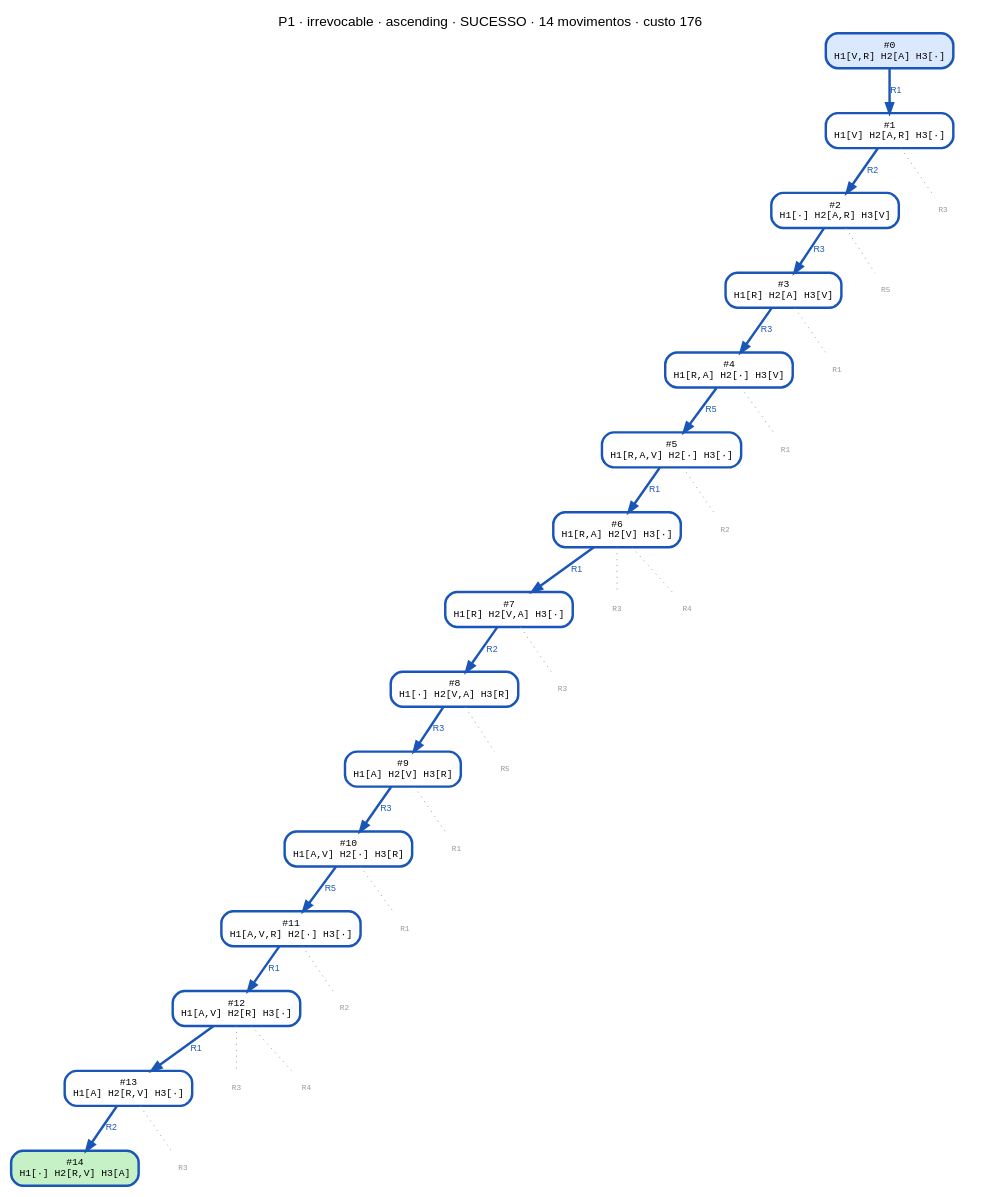
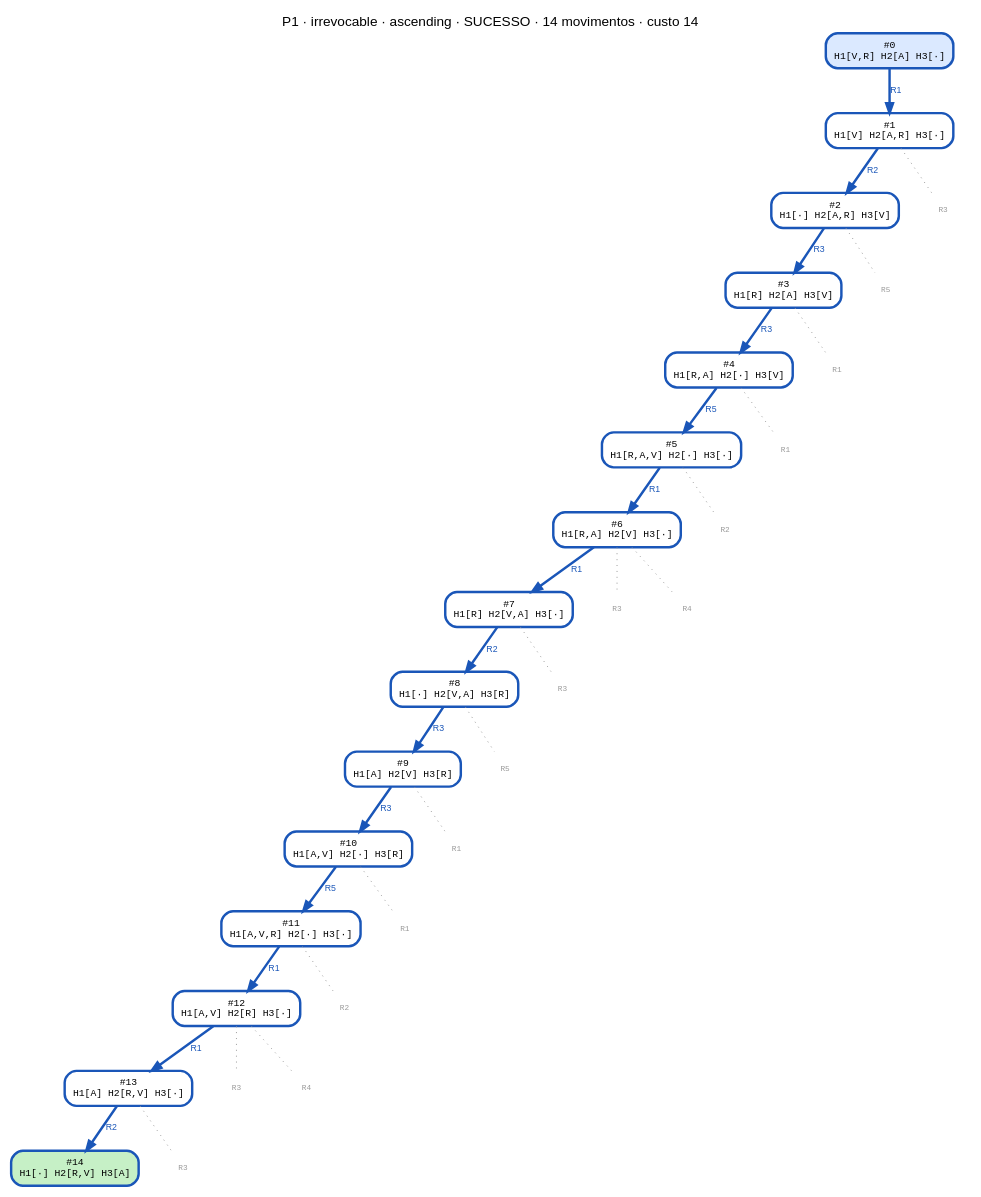
The diagram in data/P1/irrevocable_ascending.dot (CharlesLB/dcc-014-trabalho-1), drawn with Graphviz before and after one commit. The commit also changed 17 other files, not shown here.

Commit message:
Regenerate the search-tree graphs with unit move cost and the greedy search

```diff
--- a/data/P1/irrevocable_ascending.dot
+++ b/data/P1/irrevocable_ascending.dot
@@ -1,64 +1,64 @@
 digraph search {
-  label="P1 · irrevocable · ascending · SUCESSO · 14 movimentos · custo 176"; labelloc=t; fontname="Helvetica";
+  label="P1 · irrevocable · ascending · SUCESSO · 14 movimentos · custo 14"; labelloc=t; fontname="Helvetica";
   node [shape=box, style="rounded,filled", fontname="monospace", fontsize=10];
   edge [fontname="Helvetica", fontsize=9];
   n0 [label="#0\nH1[V,R] H2[A] H3[·]", fillcolor="#dbe9ff", color="#1a56b8", penwidth=2.5];
   n1 [label="#1\nH1[V] H2[A,R] H3[·]", fillcolor="#ffffff", color="#1a56b8", penwidth=2.5];
   n0 -> n1 [label="R1", color="#1a56b8", fontcolor="#1a56b8", penwidth=2.5];
   n2 [label="#2\nH1[·] H2[A,R] H3[V]", fillcolor="#ffffff", color="#1a56b8", penwidth=2.5];
   n1 -> n2 [label="R2", color="#1a56b8", fontcolor="#1a56b8", penwidth=2.5];
   n3 [label="#3\nH1[R] H2[A] H3[V]", fillcolor="#ffffff", color="#1a56b8", penwidth=2.5];
   n2 -> n3 [label="R3", color="#1a56b8", fontcolor="#1a56b8", penwidth=2.5];
   n4 [label="#4\nH1[R,A] H2[·] H3[V]", fillcolor="#ffffff", color="#1a56b8", penwidth=2.5];
   n3 -> n4 [label="R3", color="#1a56b8", fontcolor="#1a56b8", penwidth=2.5];
   n5 [label="#5\nH1[R,A,V] H2[·] H3[·]", fillcolor="#ffffff", color="#1a56b8", penwidth=2.5];
   n4 -> n5 [label="R5", color="#1a56b8", fontcolor="#1a56b8", penwidth=2.5];
   n6 [label="#6\nH1[R,A] H2[V] H3[·]", fillcolor="#ffffff", color="#1a56b8", penwidth=2.5];
   n5 -> n6 [label="R1", color="#1a56b8", fontcolor="#1a56b8", penwidth=2.5];
   n7 [label="#7\nH1[R] H2[V,A] H3[·]", fillcolor="#ffffff", color="#1a56b8", penwidth=2.5];
   n6 -> n7 [label="R1", color="#1a56b8", fontcolor="#1a56b8", penwidth=2.5];
   n8 [label="#8\nH1[·] H2[V,A] H3[R]", fillcolor="#ffffff", color="#1a56b8", penwidth=2.5];
   n7 -> n8 [label="R2", color="#1a56b8", fontcolor="#1a56b8", penwidth=2.5];
   n9 [label="#9\nH1[A] H2[V] H3[R]", fillcolor="#ffffff", color="#1a56b8", penwidth=2.5];
   n8 -> n9 [label="R3", color="#1a56b8", fontcolor="#1a56b8", penwidth=2.5];
   n10 [label="#10\nH1[A,V] H2[·] H3[R]", fillcolor="#ffffff", color="#1a56b8", penwidth=2.5];
   n9 -> n10 [label="R3", color="#1a56b8", fontcolor="#1a56b8", penwidth=2.5];
   n11 [label="#11\nH1[A,V,R] H2[·] H3[·]", fillcolor="#ffffff", color="#1a56b8", penwidth=2.5];
   n10 -> n11 [label="R5", color="#1a56b8", fontcolor="#1a56b8", penwidth=2.5];
   n12 [label="#12\nH1[A,V] H2[R] H3[·]", fillcolor="#ffffff", color="#1a56b8", penwidth=2.5];
   n11 -> n12 [label="R1", color="#1a56b8", fontcolor="#1a56b8", penwidth=2.5];
   n13 [label="#13\nH1[A] H2[R,V] H3[·]", fillcolor="#ffffff", color="#1a56b8", penwidth=2.5];
   n12 -> n13 [label="R1", color="#1a56b8", fontcolor="#1a56b8", penwidth=2.5];
   n14 [label="#14\nH1[·] H2[R,V] H3[A]", fillcolor="#c6f0c6", color="#1a56b8", penwidth=2.5];
   n13 -> n14 [label="R2", color="#1a56b8", fontcolor="#1a56b8", penwidth=2.5];
   p1_R3 [label="R3", shape=plaintext, style=solid, fontcolor="#999999", fontsize=8];
   n1 -> p1_R3 [style=dotted, color="#999999", arrowhead=none];
   p2_R5 [label="R5", shape=plaintext, style=solid, fontcolor="#999999", fontsize=8];
   n2 -> p2_R5 [style=dotted, color="#999999", arrowhead=none];
   p3_R1 [label="R1", shape=plaintext, style=solid, fontcolor="#999999", fontsize=8];
   n3 -> p3_R1 [style=dotted, color="#999999", arrowhead=none];
   p4_R1 [label="R1", shape=plaintext, style=solid, fontcolor="#999999", fontsize=8];
   n4 -> p4_R1 [style=dotted, color="#999999", arrowhead=none];
   p5_R2 [label="R2", shape=plaintext, style=solid, fontcolor="#999999", fontsize=8];
   n5 -> p5_R2 [style=dotted, color="#999999", arrowhead=none];
   p6_R3 [label="R3", shape=plaintext, style=solid, fontcolor="#999999", fontsize=8];
   n6 -> p6_R3 [style=dotted, color="#999999", arrowhead=none];
   p6_R4 [label="R4", shape=plaintext, style=solid, fontcolor="#999999", fontsize=8];
   n6 -> p6_R4 [style=dotted, color="#999999", arrowhead=none];
   p7_R3 [label="R3", shape=plaintext, style=solid, fontcolor="#999999", fontsize=8];
   n7 -> p7_R3 [style=dotted, color="#999999", arrowhead=none];
   p8_R5 [label="R5", shape=plaintext, style=solid, fontcolor="#999999", fontsize=8];
   n8 -> p8_R5 [style=dotted, color="#999999", arrowhead=none];
   p9_R1 [label="R1", shape=plaintext, style=solid, fontcolor="#999999", fontsize=8];
   n9 -> p9_R1 [style=dotted, color="#999999", arrowhead=none];
   p10_R1 [label="R1", shape=plaintext, style=solid, fontcolor="#999999", fontsize=8];
   n10 -> p10_R1 [style=dotted, color="#999999", arrowhead=none];
   p11_R2 [label="R2", shape=plaintext, style=solid, fontcolor="#999999", fontsize=8];
   n11 -> p11_R2 [style=dotted, color="#999999", arrowhead=none];
   p12_R3 [label="R3", shape=plaintext, style=solid, fontcolor="#999999", fontsize=8];
   n12 -> p12_R3 [style=dotted, color="#999999", arrowhead=none];
   p12_R4 [label="R4", shape=plaintext, style=solid, fontcolor="#999999", fontsize=8];
   n12 -> p12_R4 [style=dotted, color="#999999", arrowhead=none];
   p13_R3 [label="R3", shape=plaintext, style=solid, fontcolor="#999999", fontsize=8];
   n13 -> p13_R3 [style=dotted, color="#999999", arrowhead=none];
 }
```
